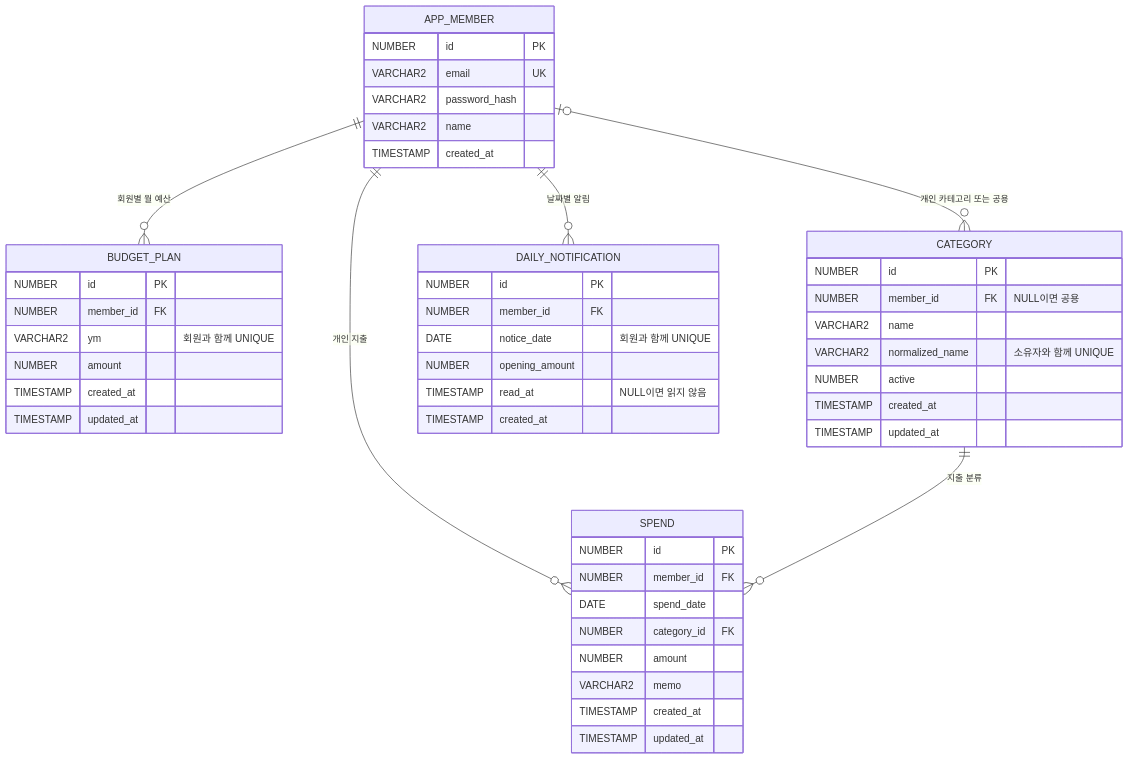
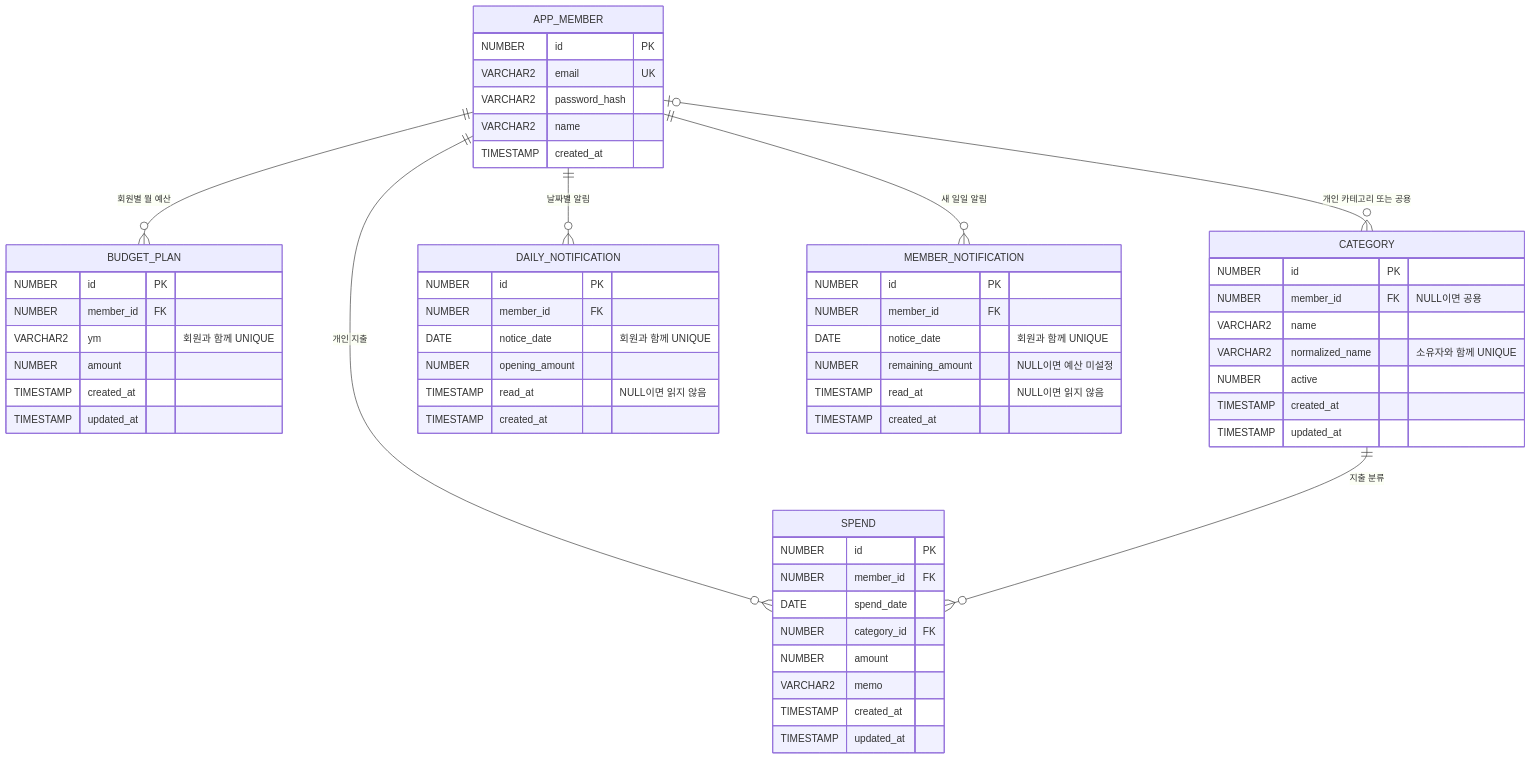
The diagram in docs/05-erd.md (DongHyun22/Budget), drawn with Mermaid before and after one commit. The commit also changed other lines of this file and 31 other files, not shown here.

````diff
--- a/docs/05-erd.md
+++ b/docs/05-erd.md
@@ -9,50 +9,59 @@
 ```mermaid
 erDiagram
     APP_MEMBER ||--o{ BUDGET_PLAN : "회원별 월 예산"
     APP_MEMBER o|--o{ CATEGORY : "개인 카테고리 또는 공용"
     APP_MEMBER ||--o{ SPEND : "개인 지출"
     CATEGORY ||--o{ SPEND : "지출 분류"
     APP_MEMBER ||--o{ DAILY_NOTIFICATION : "날짜별 알림"
+    APP_MEMBER ||--o{ MEMBER_NOTIFICATION : "새 일일 알림"
     APP_MEMBER {
         NUMBER id PK
         VARCHAR2 email UK
         VARCHAR2 password_hash
         VARCHAR2 name
         TIMESTAMP created_at
     }
     BUDGET_PLAN {
         NUMBER id PK
         NUMBER member_id FK
         VARCHAR2 ym "회원과 함께 UNIQUE"
         NUMBER amount
         TIMESTAMP created_at
         TIMESTAMP updated_at
     }
     CATEGORY {
         NUMBER id PK
         NUMBER member_id FK "NULL이면 공용"
         VARCHAR2 name
         VARCHAR2 normalized_name "소유자와 함께 UNIQUE"
         NUMBER active
         TIMESTAMP created_at
         TIMESTAMP updated_at
     }
     SPEND {
         NUMBER id PK
         NUMBER member_id FK
         DATE spend_date
         NUMBER category_id FK
         NUMBER amount
         VARCHAR2 memo
         TIMESTAMP created_at
         TIMESTAMP updated_at
     }
     DAILY_NOTIFICATION {
         NUMBER id PK
         NUMBER member_id FK
         DATE notice_date "회원과 함께 UNIQUE"
         NUMBER opening_amount
         TIMESTAMP read_at "NULL이면 읽지 않음"
         TIMESTAMP created_at
     }
+    MEMBER_NOTIFICATION {
+        NUMBER id PK
+        NUMBER member_id FK
+        DATE notice_date "회원과 함께 UNIQUE"
+        NUMBER remaining_amount "NULL이면 예산 미설정"
+        TIMESTAMP read_at "NULL이면 읽지 않음"
+        TIMESTAMP created_at
+    }
 ```
````
